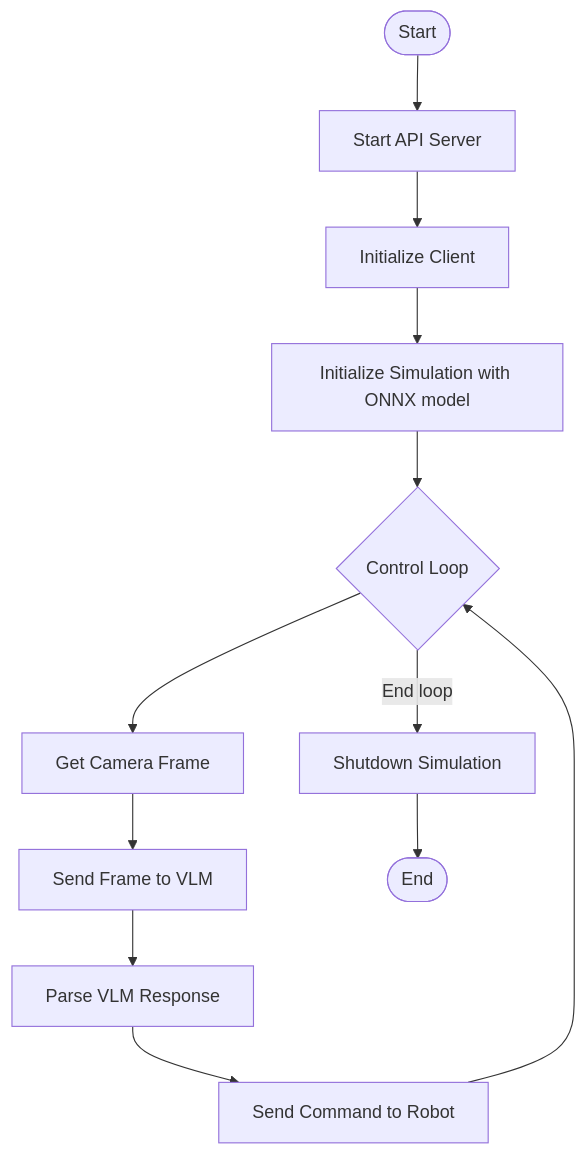
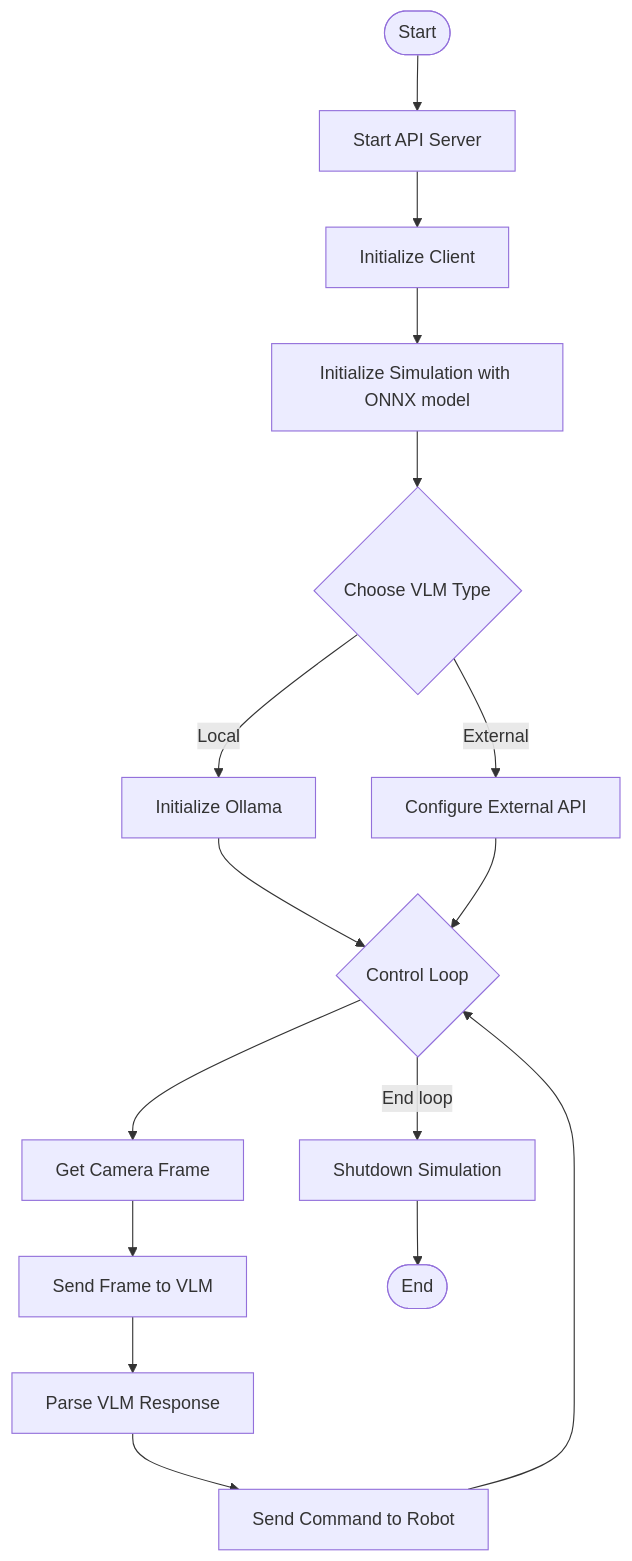
The sixth of 6 diagrams in README.md (Aronnaxx/d00t), drawn with Mermaid before and after one commit. The commit also changed other lines of this file and 2 other files, not shown here.

Commit message:
ollama integration test

````diff
--- a/README.md
+++ b/README.md
@@ -258,17 +367,22 @@
 ```mermaid
 flowchart TD
     Start([Start]) --> InitServer[Start API Server]
     InitServer --> InitClient[Initialize Client]
     InitClient --> InitSim[Initialize Simulation with ONNX model]
     
-    InitSim --> Loop{Control Loop}
+    InitSim --> VLMChoice{Choose VLM Type}
+    VLMChoice -->|Local| InitOllama[Initialize Ollama]
+    VLMChoice -->|External| ConfigAPI[Configure External API]
     
-    Loop --> GetFrame[Get Camera Frame]
+    InitOllama --> Loop
+    ConfigAPI --> Loop
+    
+    Loop{Control Loop} --> GetFrame[Get Camera Frame]
     GetFrame --> ProcessFrame[Send Frame to VLM]
     ProcessFrame --> ParseResponse[Parse VLM Response]
     ParseResponse --> SendCommand[Send Command to Robot]
     SendCommand --> Loop
     
     Loop -- End loop --> Shutdown[Shutdown Simulation]
     Shutdown --> End([End])
 ```
````
